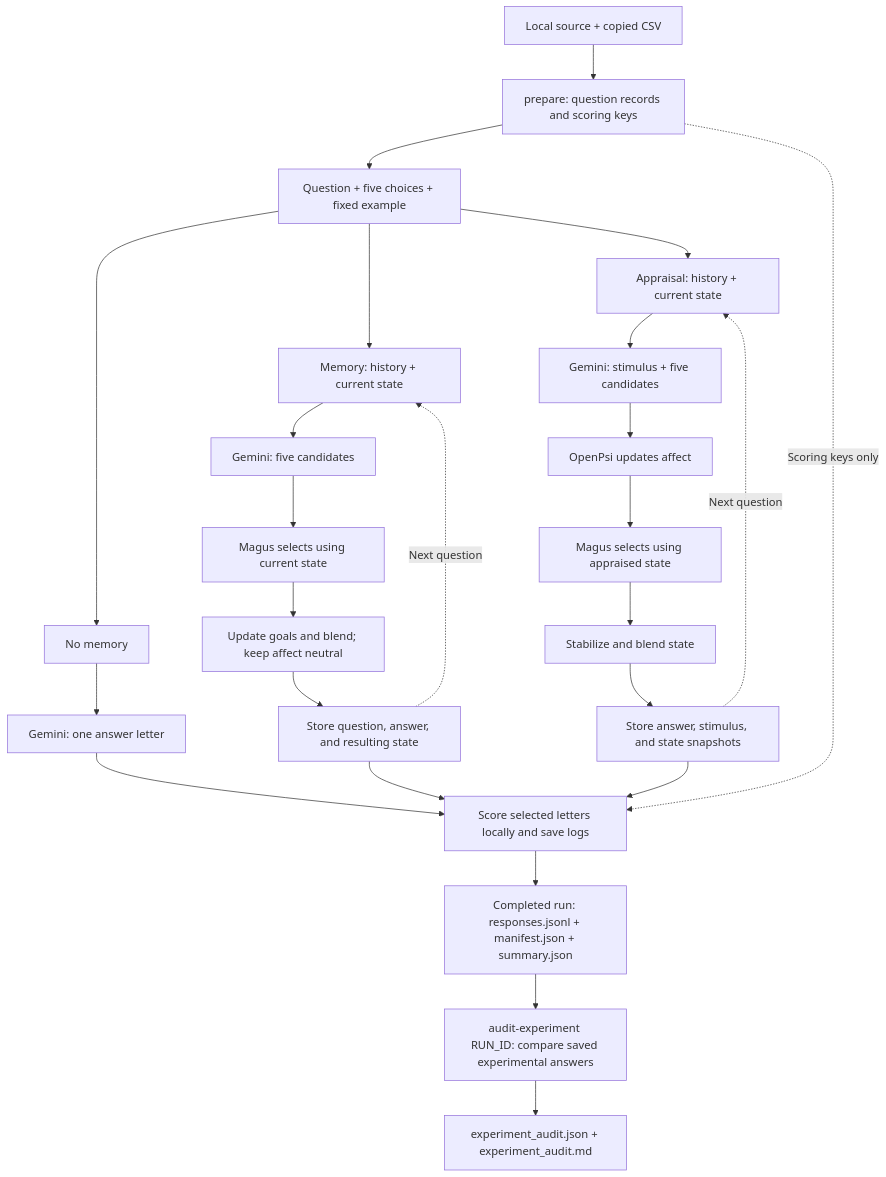
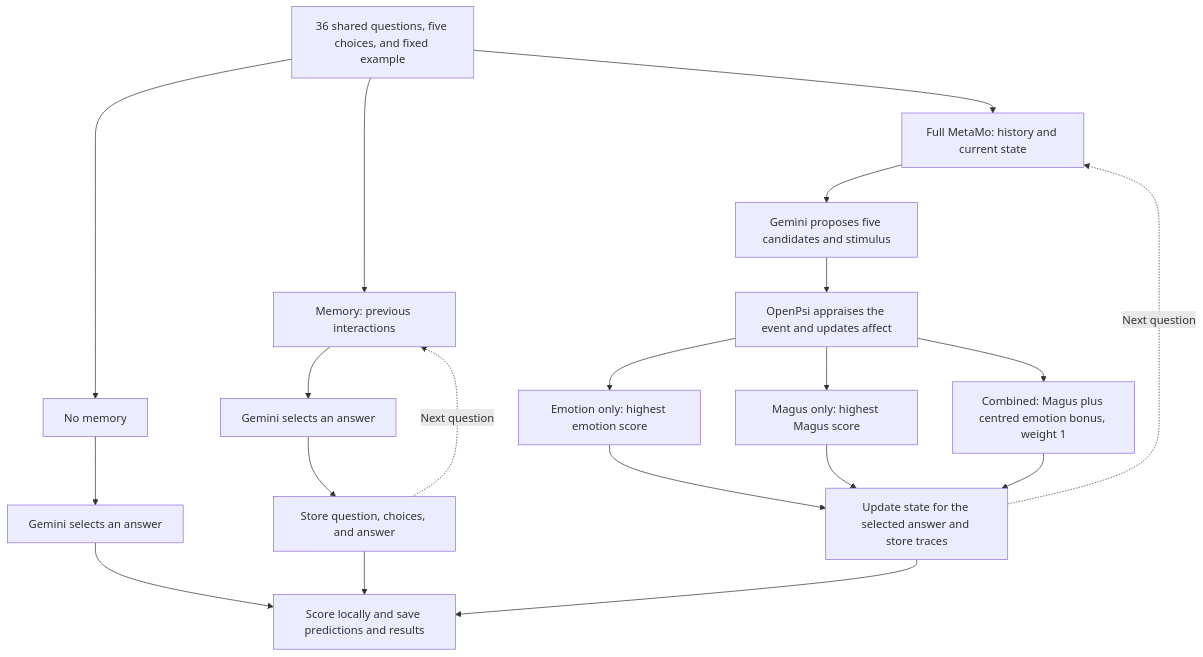
One commit to Mahider-n/MetaMo-Python changed the diagram in benchmarks/README.md. Above: the diagram before and after it, drawn with Mermaid. The commit also changed other lines of this file and 6 other files, not shown here.

````diff
--- a/benchmarks/README.md
+++ b/benchmarks/README.md
@@ -60,31 +30,27 @@
 ```mermaid
 flowchart TD
-    P["Local source + copied CSV"] --> D["prepare: question records and scoring keys"]
-    D --> Q["Question + five choices + fixed example"]
+    Q["36 shared questions, five choices, and fixed example"]
 
     Q --> N["No memory"]
-    N --> NG["Gemini: one answer letter"]
+    N --> NG["Gemini selects an answer"]
 
-    Q --> M["Memory: history + current state"]
-    M --> MG["Gemini: five candidates"]
-    MG --> MD["Magus selects using current state"]
-    MD --> MU["Update goals and blend; keep affect neutral"]
-    MU --> MH["Store question, answer, and resulting state"]
+    Q --> M["Memory: previous interactions"]
+    M --> MG["Gemini selects an answer"]
+    MG --> MH["Store question, choices, and answer"]
     MH -. "Next question" .-> M
 
-    Q --> A["Appraisal: history + current state"]
-    A --> AG["Gemini: stimulus + five candidates"]
-    AG --> OA["OpenPsi updates affect"]
-    OA --> AD["Magus selects using appraised state"]
-    AD --> AU["Stabilize and blend state"]
-    AU --> AH["Store answer, stimulus, and state snapshots"]
-    AH -. "Next question" .-> A
+    Q --> F["Full MetaMo: history and current state"]
+    F --> G["Gemini proposes five candidates and stimulus"]
+    G --> A["OpenPsi appraises the event and updates affect"]
+    A --> E["Emotion only: highest emotion score"]
+    A --> D["Magus only: highest Magus score"]
+    A --> C["Combined: Magus plus centred emotion bonus, weight 1"]
+    E --> U["Update state for the selected answer and store traces"]
+    D --> U
+    C --> U
+    U -. "Next question" .-> F
 
-    NG --> S["Score selected letters locally and save logs"]
+    NG --> S["Score locally and save predictions and results"]
     MH --> S
-    AH --> S
-    D -. "Scoring keys only" .-> S
-    S --> R["Completed run: responses.jsonl + manifest.json + summary.json"]
-    R --> E["audit-experiment RUN_ID: compare saved experimental answers"]
-    E --> ER["experiment_audit.json + experiment_audit.md"]
+    U --> S
 ```
````
